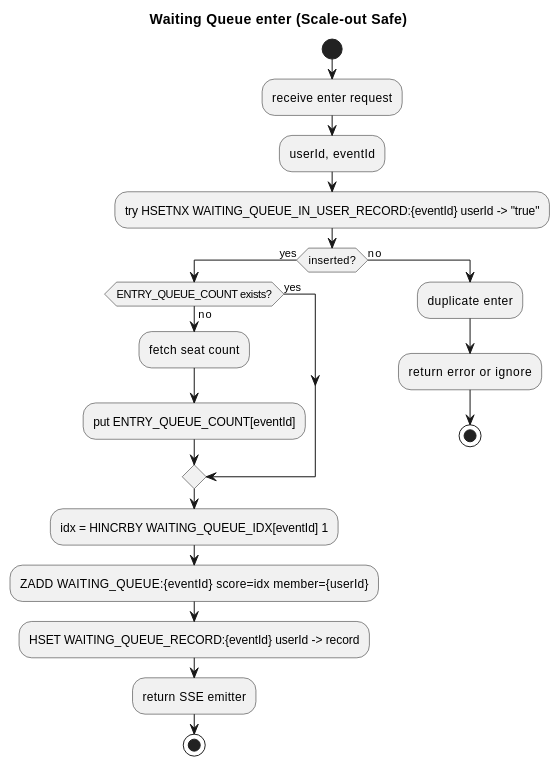
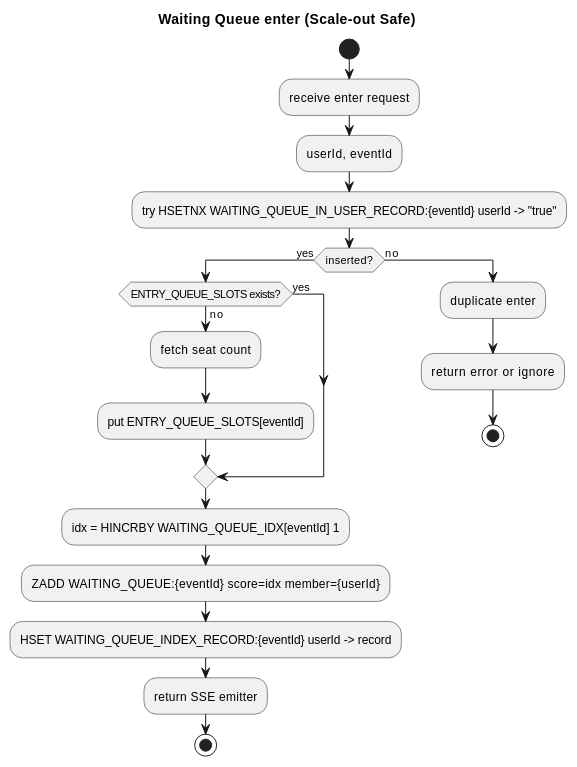
One commit to omegafrog/ticketon-DDD changed the diagram in docs/troubleshooting/waiting-queue-in-user-record.md. Above: the diagram before and after it, drawn with PlantUML. The commit also changed 22 other files, not shown here.

````diff
--- a/docs/troubleshooting/waiting-queue-in-user-record.md
+++ b/docs/troubleshooting/waiting-queue-in-user-record.md
@@ -36,29 +36,29 @@
 ```plantuml
 @startuml
 title Waiting Queue enter (Scale-out Safe)
 
 start
 :receive enter request;
 :userId, eventId;
 
 :try HSETNX WAITING_QUEUE_IN_USER_RECORD:{eventId} userId -> "true";
 if (inserted?) then (yes)
-  if (ENTRY_QUEUE_COUNT exists?) then (yes)
+  if (ENTRY_QUEUE_SLOTS exists?) then (yes)
   else (no)
     :fetch seat count;
-    :put ENTRY_QUEUE_COUNT[eventId];
+    :put ENTRY_QUEUE_SLOTS[eventId];
   endif
 
   :idx = HINCRBY WAITING_QUEUE_IDX[eventId] 1;
   :ZADD WAITING_QUEUE:{eventId} score=idx member={userId};
-  :HSET WAITING_QUEUE_RECORD:{eventId} userId -> record;
+  :HSET WAITING_QUEUE_INDEX_RECORD:{eventId} userId -> record;
   :return SSE emitter;
   stop
 else (no)
   :duplicate enter;
   :return error or ignore;
   stop
 endif
 
 @enduml
 ```
````
